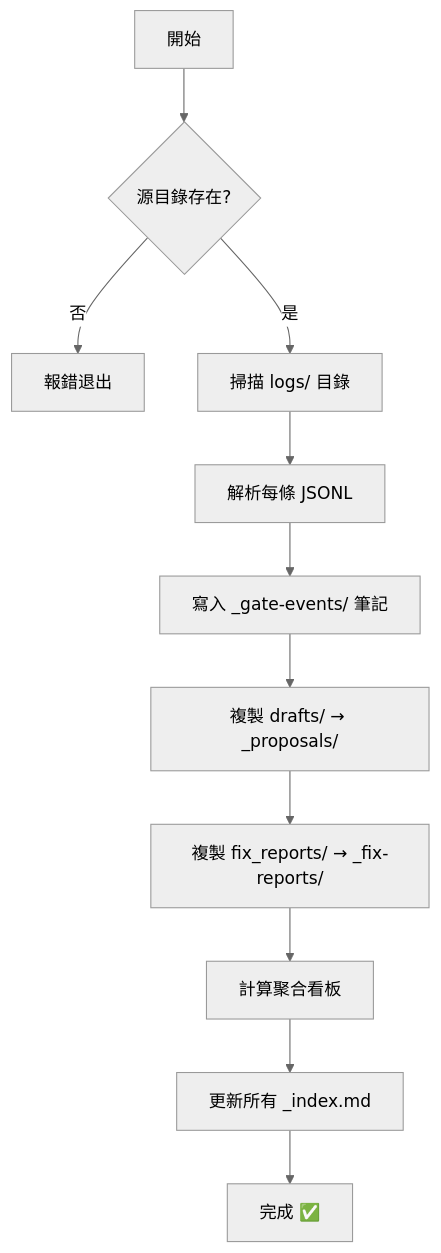
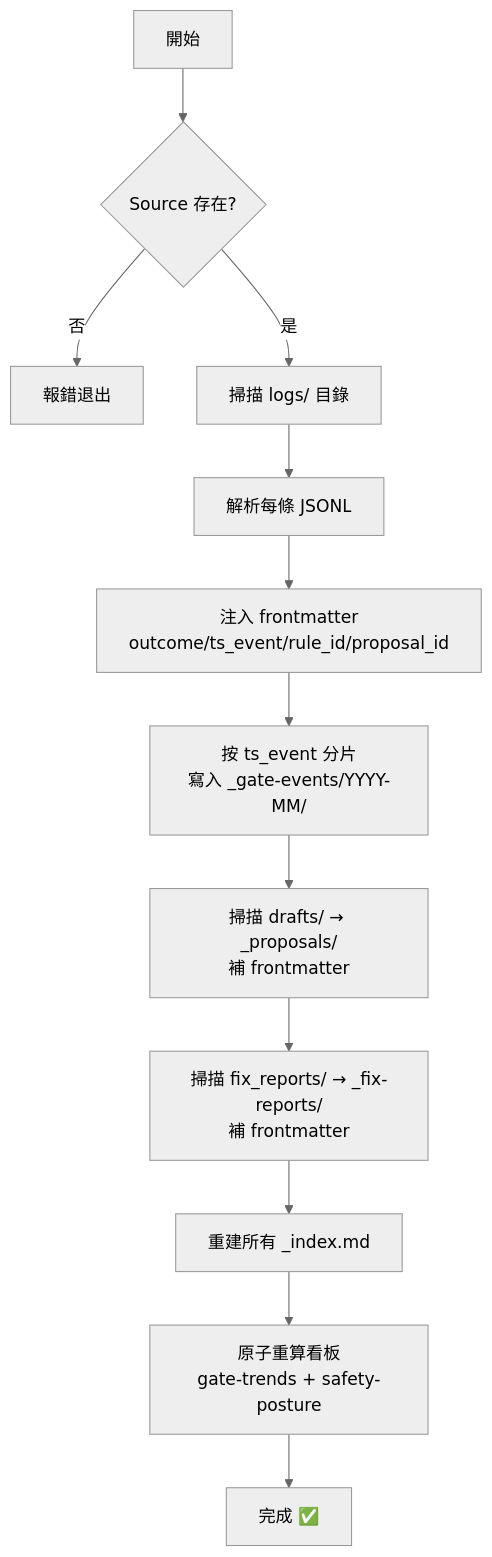
The second of 2 diagrams in 審計追蹤層架構設計.md (rt923/agent-vault), drawn with Mermaid (neutral theme) before and after one commit. The commit also changed other lines of this file, not shown here.

Commit message:
docs(vault): 審計追蹤層架構設計 v2.0 (TRAE/ArchQ) — 强制数据契约 + ts_event 分片 + 唯读镜像 + 双向ID + 看板原子重算 + Tombstone + 保留期/dry-run

````diff
--- a/審計追蹤層架構設計.md
+++ b/審計追蹤層架構設計.md
@@ -143,13 +205,14 @@
 ```mermaid
 flowchart TD
-    START[開始] --> CHECK{源目錄存在?}
+    START[開始] --> CHECK{Source 存在?}
     CHECK -->|否| ERROR[報錯退出]
     CHECK -->|是| GATES[掃描 logs/ 目錄]
     GATES --> PARSE[解析每條 JSONL]
-    PARSE --> WRITE[寫入 _gate-events/ 筆記]
-    WRITE --> PROPS[複製 drafts/ → _proposals/]
-    PROPS --> FIXES[複製 fix_reports/ → _fix-reports/]
-    FIXES --> DASH[計算聚合看板]
-    DASH --> INDEX[更新所有 _index.md]
-    INDEX --> DONE[完成 ✅]
+    PARSE --> FM[注入 frontmatter<br/>outcome/ts_event/rule_id/proposal_id]
+    FM --> SHARD[按 ts_event 分片<br/>寫入 _gate-events/YYYY-MM/]
+    SHARD --> PROPS[掃描 drafts/ → _proposals/<br/>補 frontmatter]
+    PROPS --> FIXES[掃描 fix_reports/ → _fix-reports/<br/>補 frontmatter]
+    FIXES --> INDEX[重建所有 _index.md]
+    INDEX --> DASH[原子重算看板<br/>gate-trends + safety-posture]
+    DASH --> DONE[完成 ✅]
 ```
````
